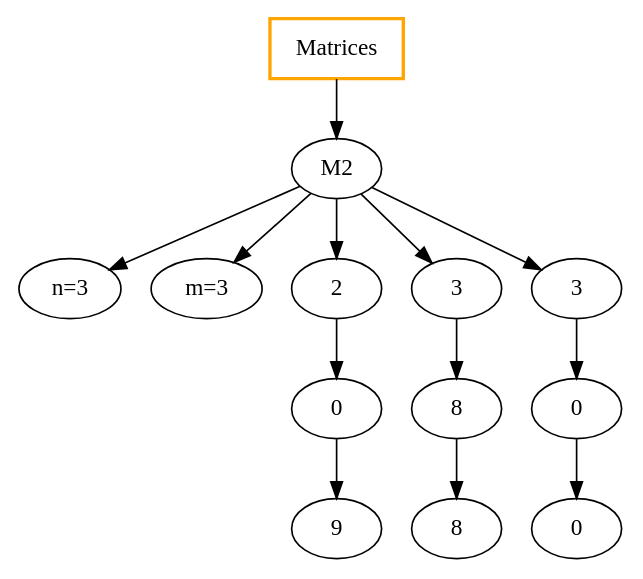
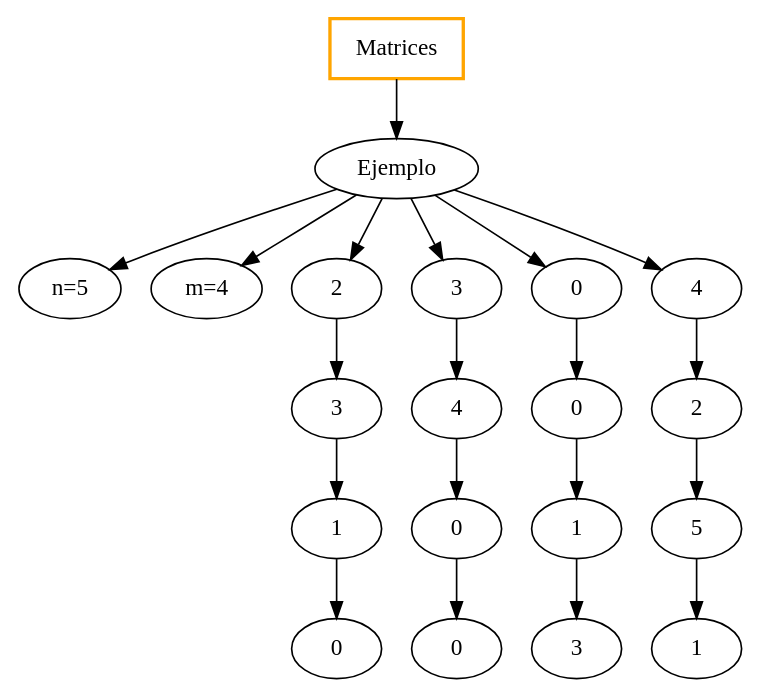
One commit to OscarDOE/IPC2_Proyecto1_201902663 changed the diagram in grafica.dot. Above: the diagram before and after it, drawn with Graphviz. The commit also changed 16 other files, not shown here.

```diff
--- a/grafica.dot
+++ b/grafica.dot
@@ -1,24 +1,38 @@
 digraph grafica{
 "Matrices"[shape=box,style=bold,fillcolor=black, color=orange]
-"Matrices" -> M2
-M2->"n=3"
-M2->"m=3"
+"Matrices" -> Ejemplo
+Ejemplo->"n=5"
+Ejemplo->"m=4"
 X0[label="2"]
-M2->X0
-X0Y0[label="0"]
+Ejemplo->X0
+X0Y0[label="3"]
 X0->X0Y0
-X0Y1[label="9"]
+X0Y1[label="1"]
 X0Y0->X0Y1
+X0Y2[label="0"]
+X0Y1->X0Y2
 X1[label="3"]
-M2->X1
-X1Y0[label="8"]
+Ejemplo->X1
+X1Y0[label="4"]
 X1->X1Y0
-X1Y1[label="8"]
+X1Y1[label="0"]
 X1Y0->X1Y1
-X2[label="3"]
-M2->X2
+X1Y2[label="0"]
+X1Y1->X1Y2
+X2[label="0"]
+Ejemplo->X2
 X2Y0[label="0"]
 X2->X2Y0
-X2Y1[label="0"]
+X2Y1[label="1"]
 X2Y0->X2Y1
+X2Y2[label="3"]
+X2Y1->X2Y2
+X3[label="4"]
+Ejemplo->X3
+X3Y0[label="2"]
+X3->X3Y0
+X3Y1[label="5"]
+X3Y0->X3Y1
+X3Y2[label="1"]
+X3Y1->X3Y2
 }
```
